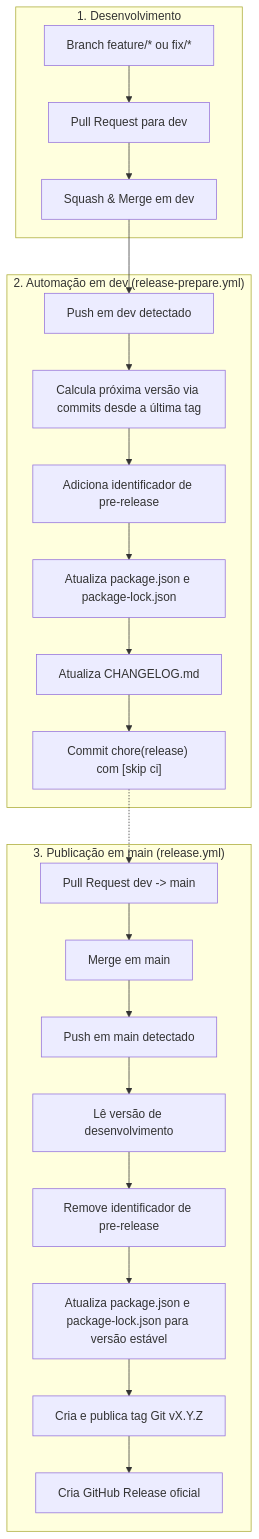
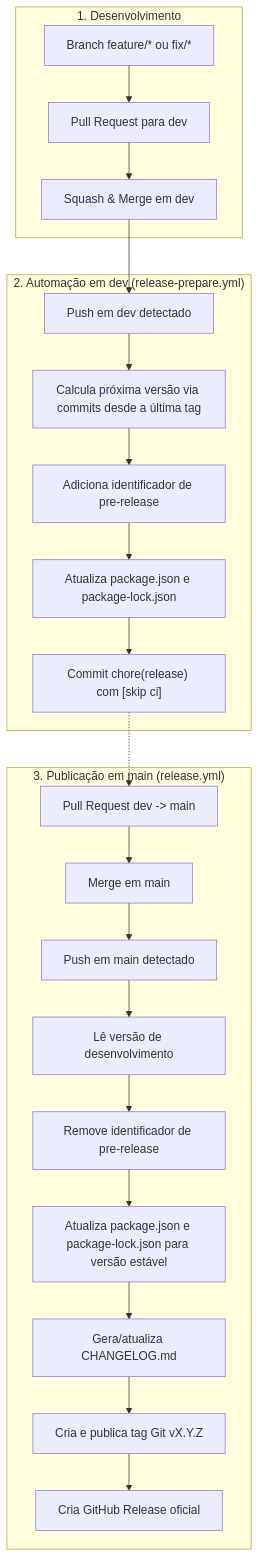
One commit to Wectornanime/shelfbox changed the diagram in docs/RELEASE_FLOW.md. Above: the diagram before and after it, drawn with Mermaid. The commit also changed other lines of this file and 2 other files, not shown here.

````diff
--- a/docs/RELEASE_FLOW.md
+++ b/docs/RELEASE_FLOW.md
@@ -21,27 +21,27 @@
 ```mermaid
 flowchart TD
     subgraph Feature["1. Desenvolvimento"]
         F1["Branch feature/* ou fix/*"] --> PR1["Pull Request para dev"]
         PR1 --> MERGE_DEV["Squash & Merge em dev"]
     end
 
     subgraph DevBranch["2. Automação em dev (release-prepare.yml)"]
         MERGE_DEV --> PUSH_DEV["Push em dev detectado"]
         PUSH_DEV --> CALC["Calcula próxima versão via commits desde a última tag"]
         CALC --> PRE["Adiciona identificador de pre-release"]
         PRE --> BUMP["Atualiza package.json e package-lock.json"]
-        BUMP --> CHANGELOG["Atualiza CHANGELOG.md"]
-        CHANGELOG --> COMMIT_DEV["Commit chore(release) com [skip ci]"]
+        BUMP --> COMMIT_DEV["Commit chore(release) com [skip ci]"]
     end
 
     subgraph MainBranch["3. Publicação em main (release.yml)"]
         COMMIT_DEV -.-> PR_MAIN["Pull Request dev -> main"]
         PR_MAIN --> MERGE_MAIN["Merge em main"]
         MERGE_MAIN --> PUSH_MAIN["Push em main detectado"]
         PUSH_MAIN --> READ_PRE["Lê versão de desenvolvimento"]
         READ_PRE --> STABLE["Remove identificador de pre-release"]
         STABLE --> UPDATE["Atualiza package.json e package-lock.json para versão estável"]
-        UPDATE --> CREATE_TAG["Cria e publica tag Git vX.Y.Z"]
+        UPDATE --> CHANGELOG["Gera/atualiza CHANGELOG.md"]
+        CHANGELOG --> CREATE_TAG["Cria e publica tag Git vX.Y.Z"]
         CREATE_TAG --> GH_RELEASE["Cria GitHub Release oficial"]
     end
 ```
````
